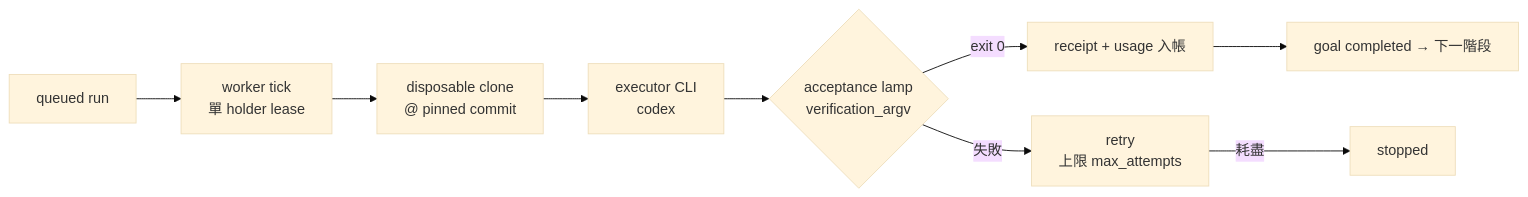
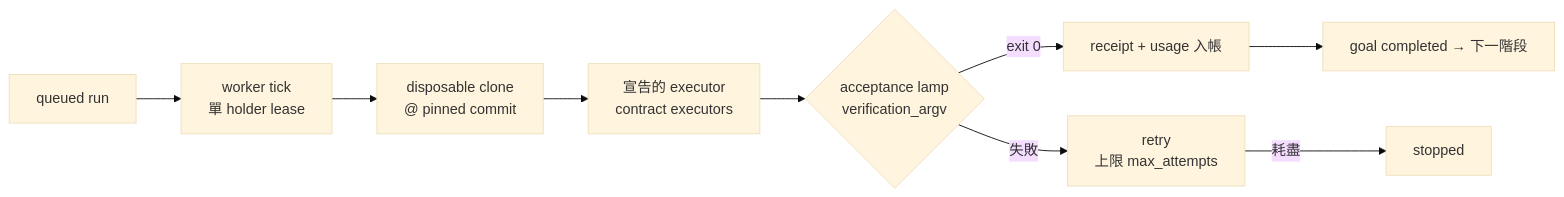
The second of 3 diagrams in README.md (justinyu73/loop-hybrid-2), drawn with Mermaid (base theme) before and after one commit. The commit also changed other lines of this file and 1 other file, not shown here.

````diff
--- a/README.md
+++ b/README.md
@@ -52,11 +56,11 @@
 ```mermaid
 flowchart LR
     Q[queued run] --> W[worker tick<br/>單 holder lease]
     W --> CL[disposable clone<br/>@ pinned commit]
-    CL --> X[executor CLI<br/>codex]
+    CL --> X[宣告的 executor<br/>contract executors]
     X --> V{acceptance lamp<br/>verification_argv}
     V -->|exit 0| RC[receipt + usage 入帳]
     V -->|失敗| RT[retry<br/>上限 max_attempts]
     RT -->|耗盡| ST[stopped]
     RC --> N2[goal completed → 下一階段]
 ```
````
